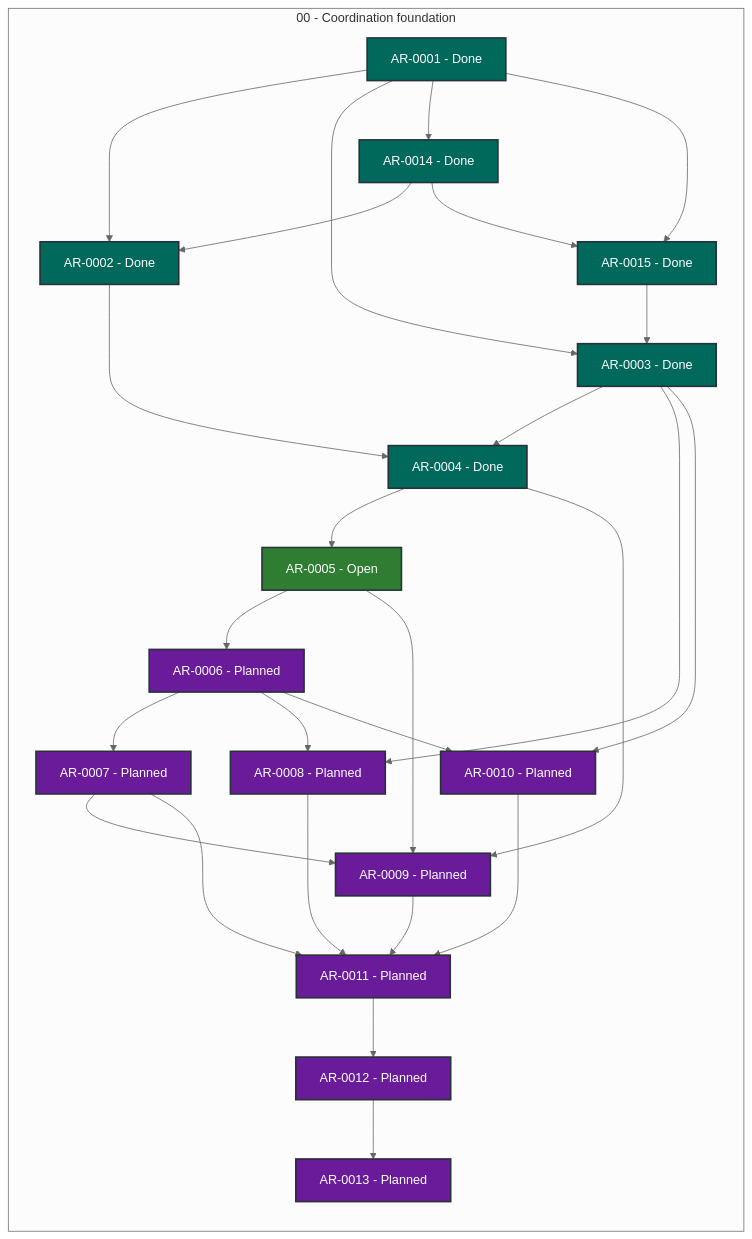
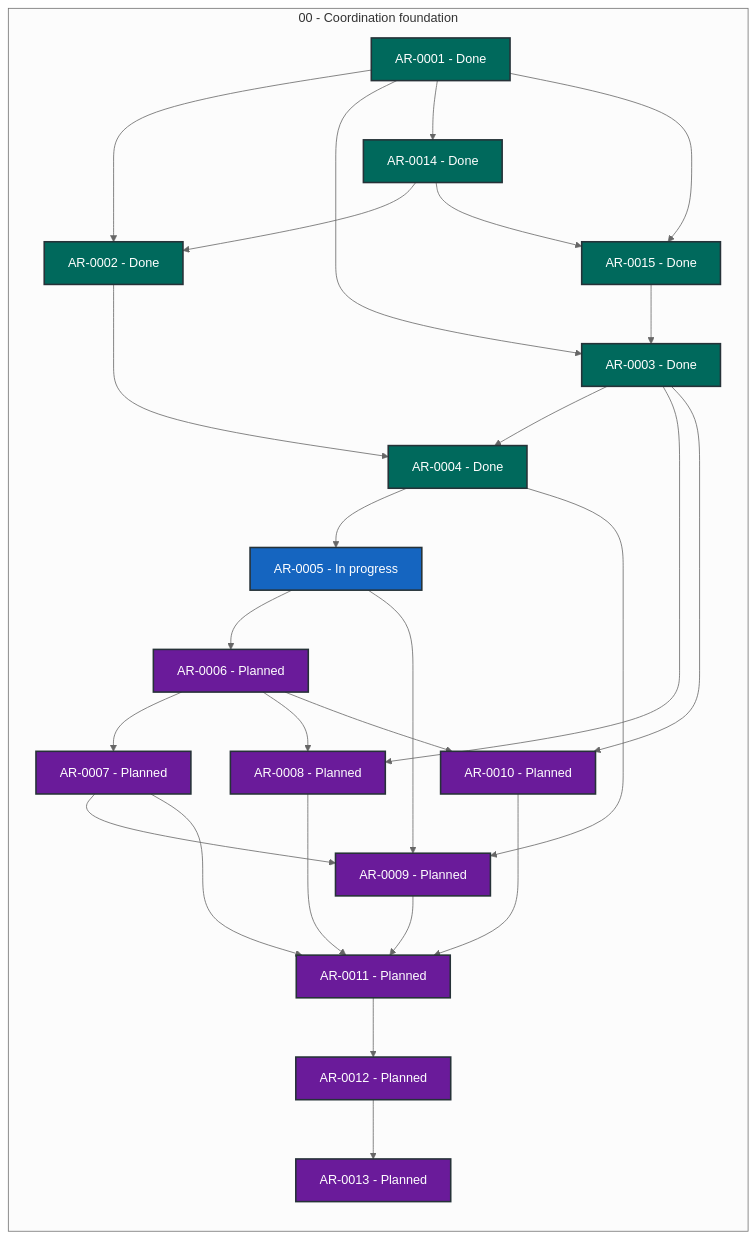
One commit to martin-beck/agent-workflow-tui-state changed the diagram in STATUS.md. Above: the diagram before and after it, drawn with Mermaid (neutral theme). The commit also changed other lines of this file and 2 other files, not shown here.

````diff
--- a/STATUS.md
+++ b/STATUS.md
@@ -27,54 +27,54 @@
 ```mermaid
 flowchart LR
     subgraph series_00["00 - Coordination foundation"]
         direction TB
         AR_0001["AR-0001 - Done"]:::status_done
         AR_0002["AR-0002 - Done"]:::status_done
         AR_0003["AR-0003 - Done"]:::status_done
         AR_0004["AR-0004 - Done"]:::status_done
-        AR_0005["AR-0005 - Open"]:::status_open
+        AR_0005["AR-0005 - In progress"]:::status_in_progress
         AR_0006["AR-0006 - Planned"]:::status_planned
         AR_0007["AR-0007 - Planned"]:::status_planned
         AR_0008["AR-0008 - Planned"]:::status_planned
         AR_0009["AR-0009 - Planned"]:::status_planned
         AR_0010["AR-0010 - Planned"]:::status_planned
         AR_0011["AR-0011 - Planned"]:::status_planned
         AR_0012["AR-0012 - Planned"]:::status_planned
         AR_0013["AR-0013 - Planned"]:::status_planned
         AR_0014["AR-0014 - Done"]:::status_done
         AR_0015["AR-0015 - Done"]:::status_done
     end
     AR_0001 --> AR_0002
     AR_0001 --> AR_0003
     AR_0001 --> AR_0014
     AR_0001 --> AR_0015
     AR_0002 --> AR_0004
     AR_0003 --> AR_0004
     AR_0003 --> AR_0008
     AR_0003 --> AR_0010
     AR_0004 --> AR_0005
     AR_0004 --> AR_0009
     AR_0005 --> AR_0006
     AR_0005 --> AR_0009
     AR_0006 --> AR_0007
     AR_0006 --> AR_0008
     AR_0006 --> AR_0010
     AR_0007 --> AR_0009
     AR_0007 --> AR_0011
     AR_0008 --> AR_0011
     AR_0009 --> AR_0011
     AR_0010 --> AR_0011
     AR_0011 --> AR_0012
     AR_0012 --> AR_0013
     AR_0014 --> AR_0002
     AR_0014 --> AR_0015
     AR_0015 --> AR_0003
     classDef status_in_progress fill:#1565c0,color:#ffffff,stroke:#263238,stroke-width:2px
     classDef status_open fill:#2e7d32,color:#ffffff,stroke:#263238,stroke-width:2px
     classDef status_blocked fill:#c62828,color:#ffffff,stroke:#263238,stroke-width:2px
     classDef status_planned fill:#6a1b9a,color:#ffffff,stroke:#263238,stroke-width:2px
     classDef status_future fill:#455a64,color:#ffffff,stroke:#263238,stroke-width:2px
     classDef status_done fill:#00695c,color:#ffffff,stroke:#263238,stroke-width:2px
     classDef status_cancelled fill:#616161,color:#ffffff,stroke:#263238,stroke-width:2px
     classDef status_superseded fill:#5d4037,color:#ffffff,stroke:#263238,stroke-width:2px
 ```
````
